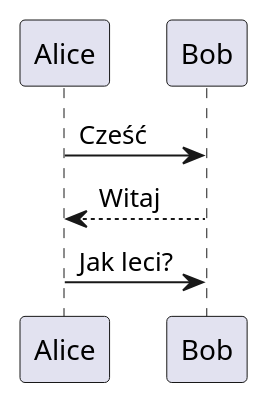
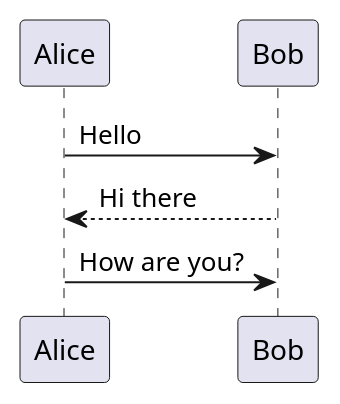
One commit to spiochacz/vmarkd-visual-markdown-editor changed the fourth of 7 diagrams in test/vscode-e2e/fixtures/all-renderers.md. Above: the diagram before and after it, drawn with PlantUML. The commit also changed other lines of this file and 43 other files, not shown here.

First line of the commit message:
feat(d2): offline D2 diagram renderer with dagre + ELK layout engines

````diff
--- a/test/vscode-e2e/fixtures/all-renderers.md
+++ b/test/vscode-e2e/fixtures/all-renderers.md
@@ -139,7 +139,7 @@
 ```plantuml
 @startuml
-Alice -> Bob: Cześć
-Bob --> Alice: Witaj
-Alice -> Bob: Jak leci?
+Alice -> Bob: Hello
+Bob --> Alice: Hi there
+Alice -> Bob: How are you?
 @enduml
 ```
````
